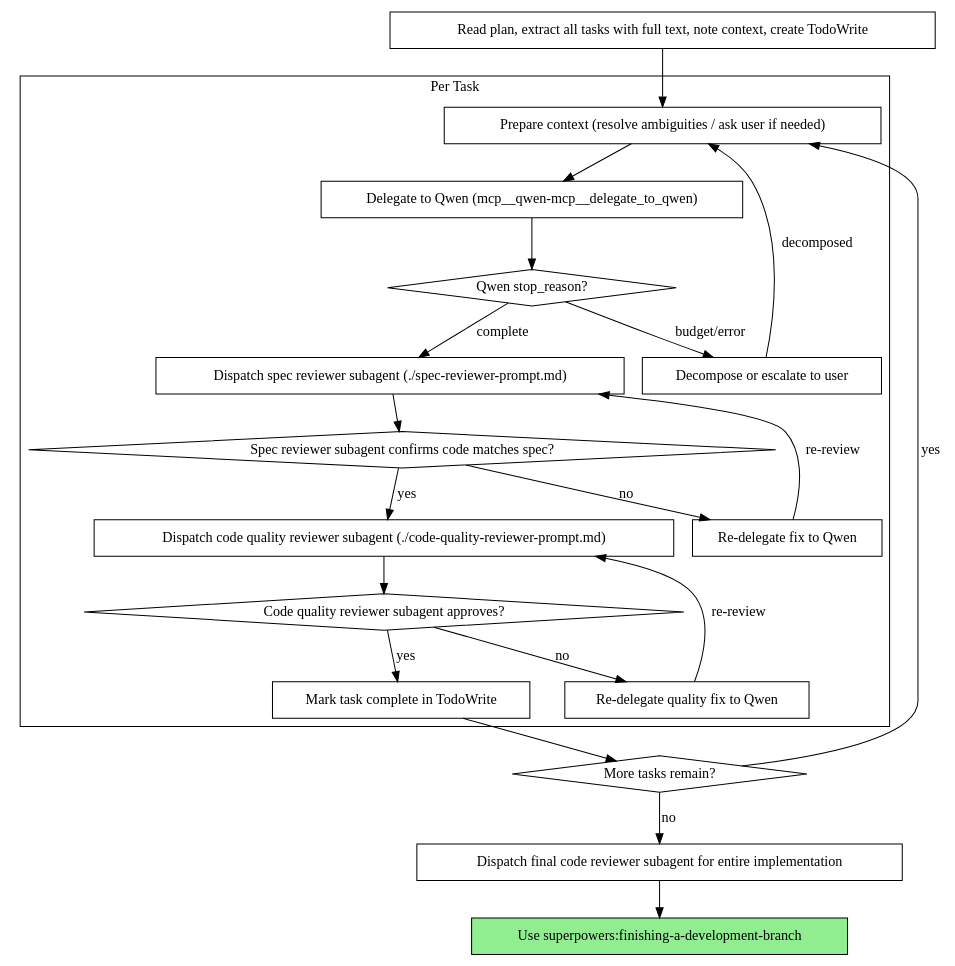
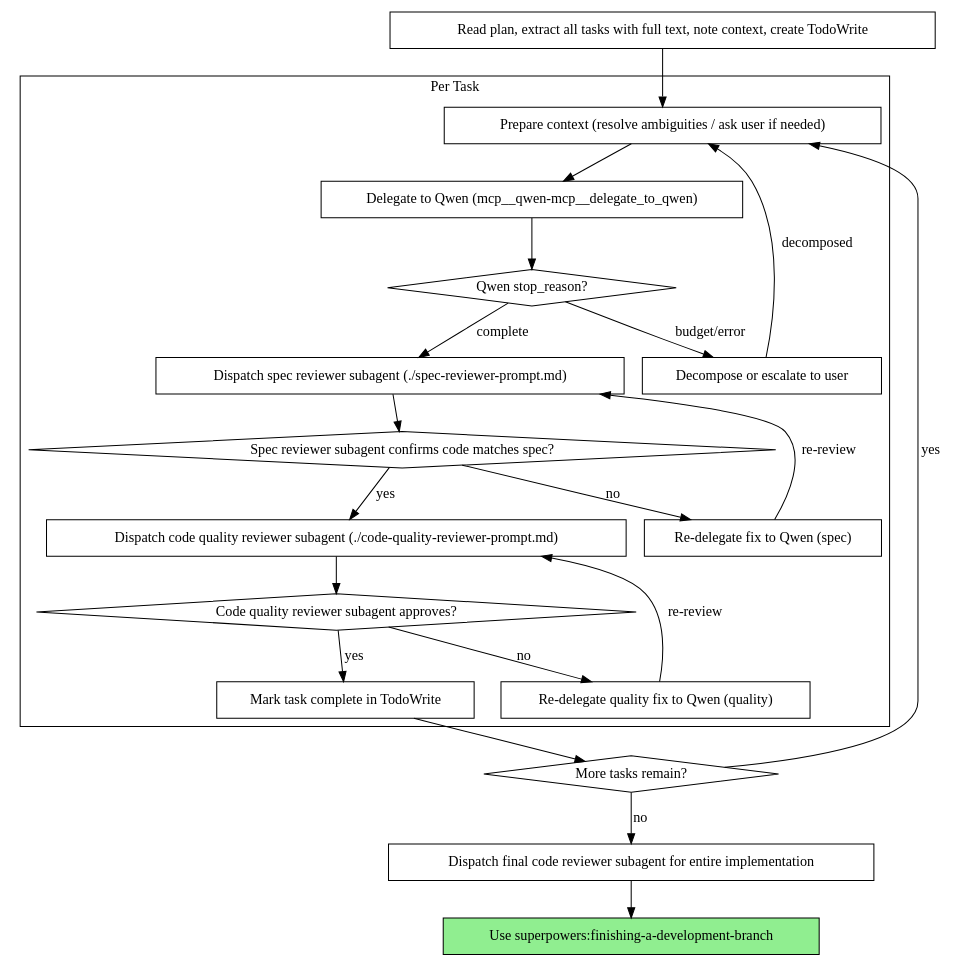
The second of 2 diagrams in skills/subagent-driven-development/SKILL.md (obra/superpowers), drawn with Graphviz before and after one commit.

Commit message:
fix: clarify Re-delegate node labels in process diagram

````diff
--- a/skills/subagent-driven-development/SKILL.md
+++ b/skills/subagent-driven-development/SKILL.md
@@ -44,44 +44,44 @@
 ```dot
 digraph process {
     rankdir=TB;
 
     subgraph cluster_per_task {
         label="Per Task";
         "Prepare context (resolve ambiguities / ask user if needed)" [shape=box];
         "Delegate to Qwen (mcp__qwen-mcp__delegate_to_qwen)" [shape=box];
         "Qwen stop_reason?" [shape=diamond];
         "Decompose or escalate to user" [shape=box];
         "Dispatch spec reviewer subagent (./spec-reviewer-prompt.md)" [shape=box];
         "Spec reviewer subagent confirms code matches spec?" [shape=diamond];
-        "Re-delegate fix to Qwen" [shape=box];
+        "Re-delegate fix to Qwen (spec)" [shape=box];
         "Dispatch code quality reviewer subagent (./code-quality-reviewer-prompt.md)" [shape=box];
         "Code quality reviewer subagent approves?" [shape=diamond];
-        "Re-delegate quality fix to Qwen" [shape=box];
+        "Re-delegate quality fix to Qwen (quality)" [shape=box];
         "Mark task complete in TodoWrite" [shape=box];
     }
 
     "Read plan, extract all tasks with full text, note context, create TodoWrite" [shape=box];
     "More tasks remain?" [shape=diamond];
     "Dispatch final code reviewer subagent for entire implementation" [shape=box];
     "Use superpowers:finishing-a-development-branch" [shape=box style=filled fillcolor=lightgreen];
 
     "Read plan, extract all tasks with full text, note context, create TodoWrite" -> "Prepare context (resolve ambiguities / ask user if needed)";
     "Prepare context (resolve ambiguities / ask user if needed)" -> "Delegate to Qwen (mcp__qwen-mcp__delegate_to_qwen)";
     "Delegate to Qwen (mcp__qwen-mcp__delegate_to_qwen)" -> "Qwen stop_reason?";
     "Qwen stop_reason?" -> "Decompose or escalate to user" [label="budget/error"];
     "Decompose or escalate to user" -> "Prepare context (resolve ambiguities / ask user if needed)" [label="decomposed"];
     "Qwen stop_reason?" -> "Dispatch spec reviewer subagent (./spec-reviewer-prompt.md)" [label="complete"];
     "Dispatch spec reviewer subagent (./spec-reviewer-prompt.md)" -> "Spec reviewer subagent confirms code matches spec?";
-    "Spec reviewer subagent confirms code matches spec?" -> "Re-delegate fix to Qwen" [label="no"];
-    "Re-delegate fix to Qwen" -> "Dispatch spec reviewer subagent (./spec-reviewer-prompt.md)" [label="re-review"];
+    "Spec reviewer subagent confirms code matches spec?" -> "Re-delegate fix to Qwen (spec)" [label="no"];
+    "Re-delegate fix to Qwen (spec)" -> "Dispatch spec reviewer subagent (./spec-reviewer-prompt.md)" [label="re-review"];
     "Spec reviewer subagent confirms code matches spec?" -> "Dispatch code quality reviewer subagent (./code-quality-reviewer-prompt.md)" [label="yes"];
     "Dispatch code quality reviewer subagent (./code-quality-reviewer-prompt.md)" -> "Code quality reviewer subagent approves?";
-    "Code quality reviewer subagent approves?" -> "Re-delegate quality fix to Qwen" [label="no"];
-    "Re-delegate quality fix to Qwen" -> "Dispatch code quality reviewer subagent (./code-quality-reviewer-prompt.md)" [label="re-review"];
+    "Code quality reviewer subagent approves?" -> "Re-delegate quality fix to Qwen (quality)" [label="no"];
+    "Re-delegate quality fix to Qwen (quality)" -> "Dispatch code quality reviewer subagent (./code-quality-reviewer-prompt.md)" [label="re-review"];
     "Code quality reviewer subagent approves?" -> "Mark task complete in TodoWrite" [label="yes"];
     "Mark task complete in TodoWrite" -> "More tasks remain?";
     "More tasks remain?" -> "Prepare context (resolve ambiguities / ask user if needed)" [label="yes"];
     "More tasks remain?" -> "Dispatch final code reviewer subagent for entire implementation" [label="no"];
     "Dispatch final code reviewer subagent for entire implementation" -> "Use superpowers:finishing-a-development-branch";
 }
 ```
````
